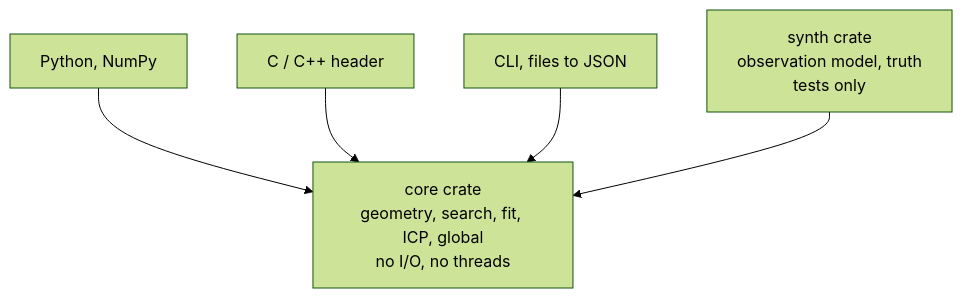
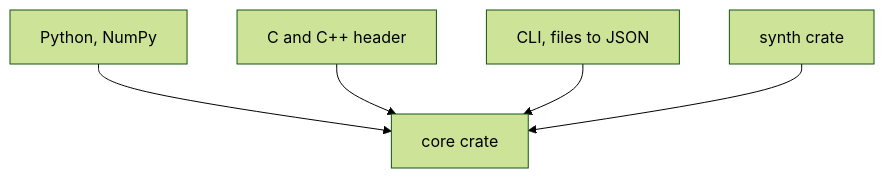
One commit to Ophiase/congru changed the diagram in ideas/architecture/layers.md. Above: the diagram before and after it, drawn with Mermaid (forest theme). The commit also changed other lines of this file and 25 other files, not shown here.

Commit message:
0.1.18: resync with the Kanon, markdown check, consent on references, diagrams to the rule

````diff
--- a/ideas/architecture/layers.md
+++ b/ideas/architecture/layers.md
@@ -6,8 +6,7 @@
 ```mermaid
-flowchart TD
-  PY["Python, NumPy"] --> CORE
-  C["C / C++ header"] --> CORE
+graph TD
+  PY["Python, NumPy"] --> CORE["core crate"]
+  C["C and C++ header"] --> CORE
   CLI["CLI, files to JSON"] --> CORE
-  CORE["core crate<br/>geometry, search, fit, ICP, global<br/>no I/O, no threads"]
-  SYNTH["synth crate<br/>observation model, truth<br/>tests only"] --> CORE
+  SYNTH["synth crate"] --> CORE
 ```
````
